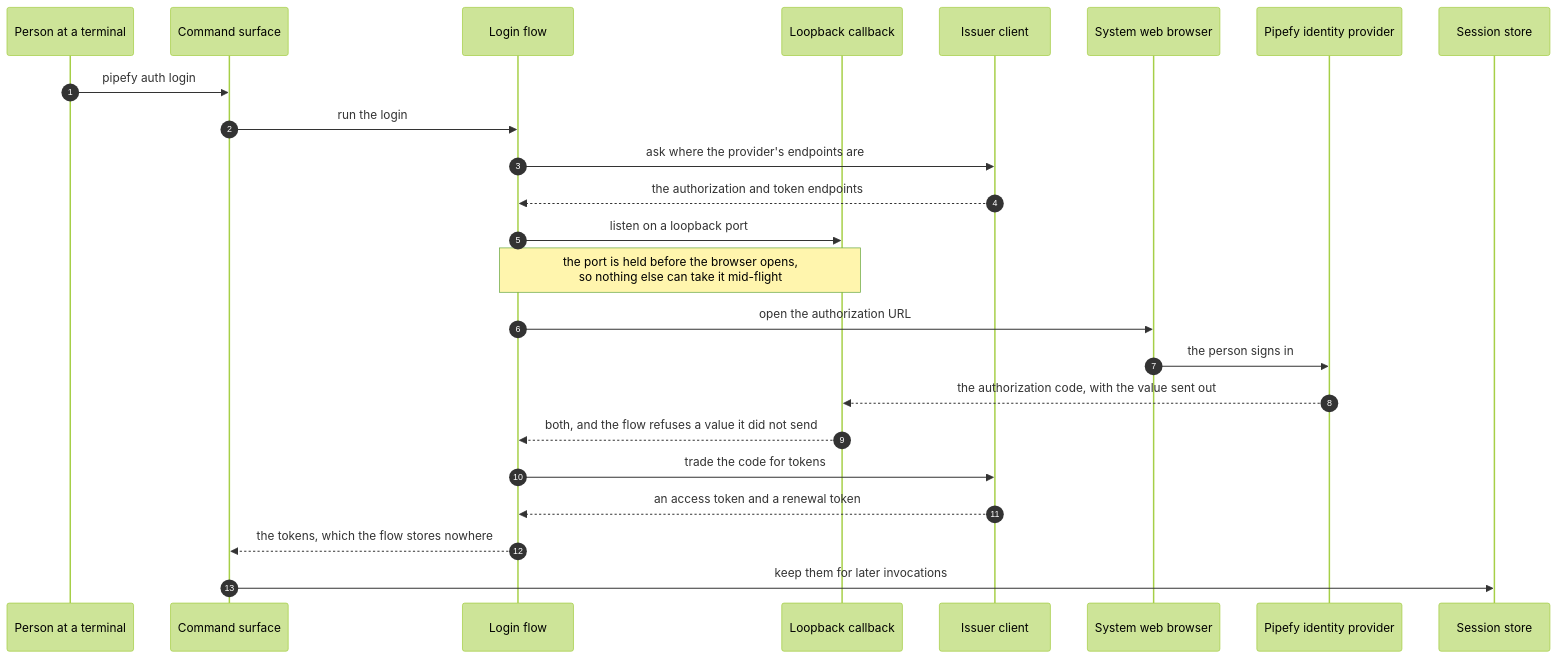
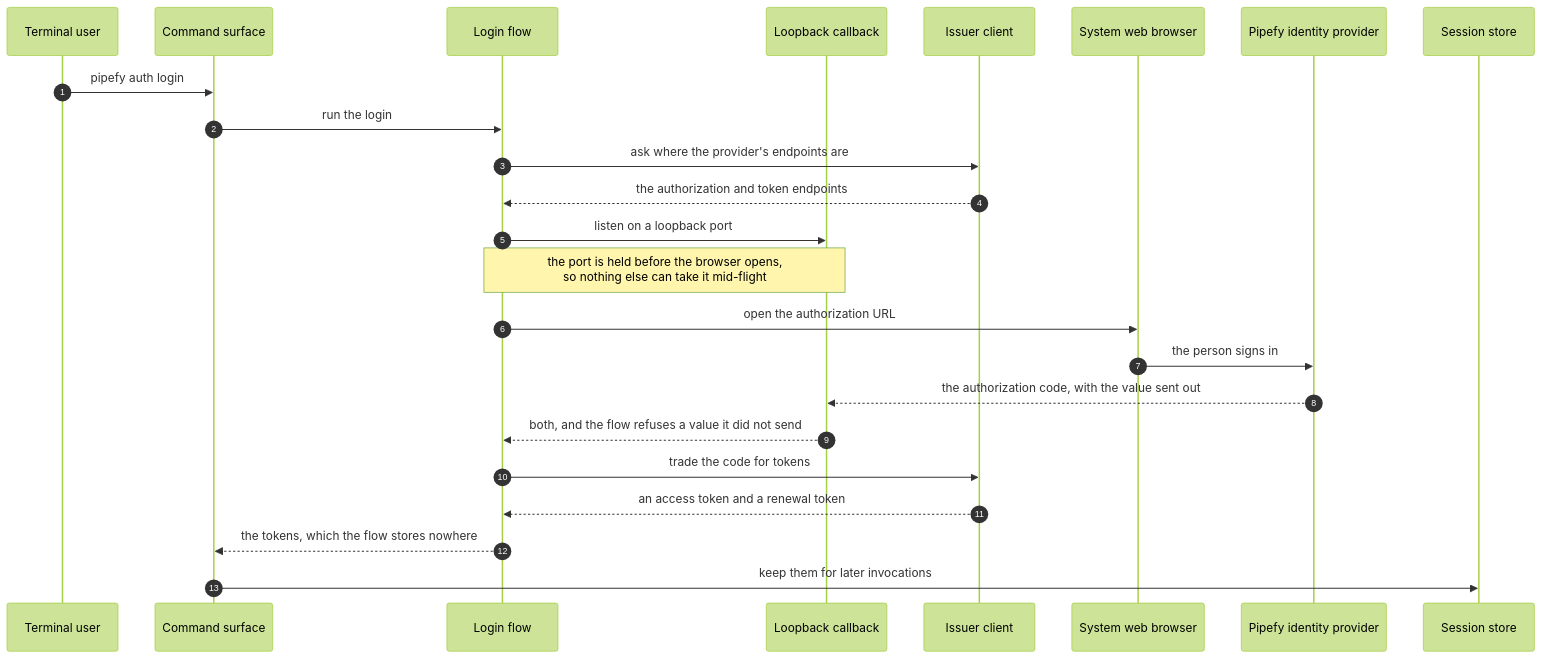
The seventh of 10 diagrams in docs/contributing/architecture.md (abhinyaay/ai-toolkit), drawn with Mermaid (forest theme) before and after one commit. The commit also changed other lines of this file, not shown here.

First line of the commit message:
docs: rename the person at a terminal to terminal user

````diff
--- a/docs/contributing/architecture.md
+++ b/docs/contributing/architecture.md
@@ -450,27 +450,27 @@
 ```mermaid
 sequenceDiagram
     autonumber
-    participant Person as Person at a terminal
+    participant Person as Terminal user
     participant Surface as Command surface
     participant Flow as Login flow
     participant Loopback as Loopback callback
     participant Issuer as Issuer client
     participant Browser as System web browser
     participant Idp as Pipefy identity provider
     participant Store as Session store
 
     Person->>Surface: pipefy auth login
     Surface->>Flow: run the login
     Flow->>Issuer: ask where the provider's endpoints are
     Issuer-->>Flow: the authorization and token endpoints
     Flow->>Loopback: listen on a loopback port
     Note over Flow,Loopback: the port is held before the browser opens,<br/>so nothing else can take it mid-flight
     Flow->>Browser: open the authorization URL
     Browser->>Idp: the person signs in
     Idp-->>Loopback: the authorization code, with the value sent out
     Loopback-->>Flow: both, and the flow refuses a value it did not send
     Flow->>Issuer: trade the code for tokens
     Issuer-->>Flow: an access token and a renewal token
     Flow-->>Surface: the tokens, which the flow stores nowhere
     Surface->>Store: keep them for later invocations
 ```
````
